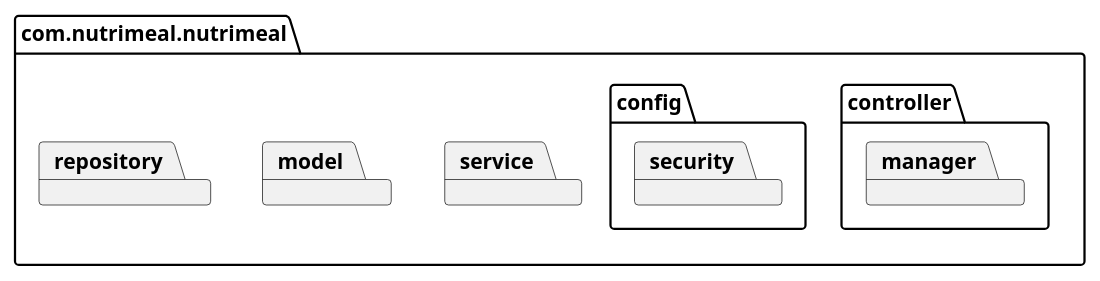
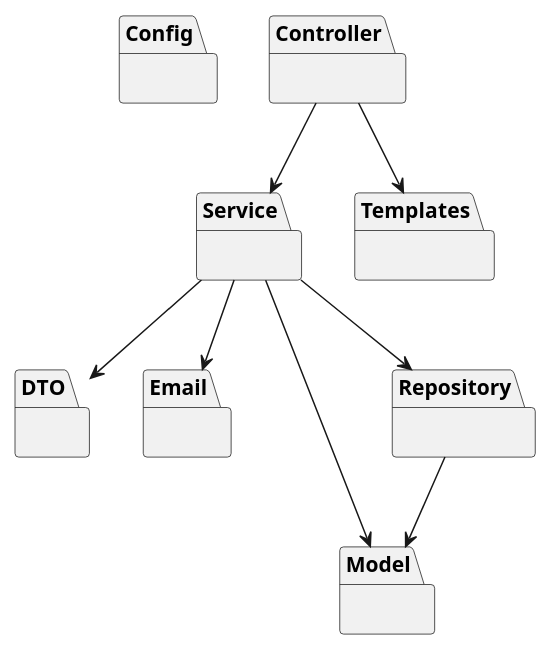
The diagram in package_diagram.puml (thanhtung8903/nutrimeal), drawn with PlantUML before and after one commit. The commit also changed 17 other files, not shown here.

```diff
--- a/package_diagram.puml
+++ b/package_diagram.puml
@@ -1,18 +1,33 @@
 @startuml
-package "com.nutrimeal.nutrimeal" {
-    package "controller" {
-        package "manager"
-    }
-    package "service" {
-    }
-    package "model" {
-    }
-    package "config" {
-        package "security" {
-        }
-    }
+package "Config" {
+}
 
-    package "repository" {
-    }
+package "Controller" {
 }
+
+package "DTO" {
+}
+
+package "Email" {
+}
+
+package "Model" {
+}
+
+package "Repository" {
+}
+
+package "Service" {
+}
+
+package "Templates" {
+}
+
+Controller --> Service
+Controller --> Templates
+Service --> Repository
+Service --> Model
+Service --> DTO
+Service --> Email
+Repository --> Model
 @enduml
```
